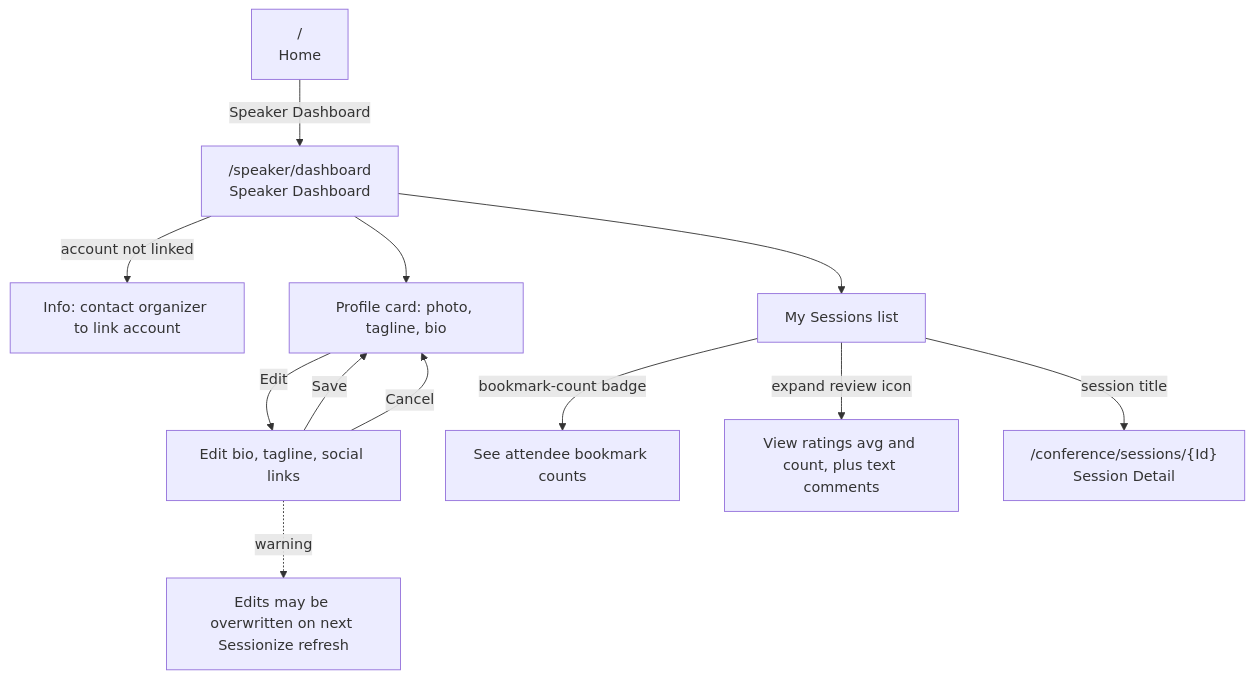
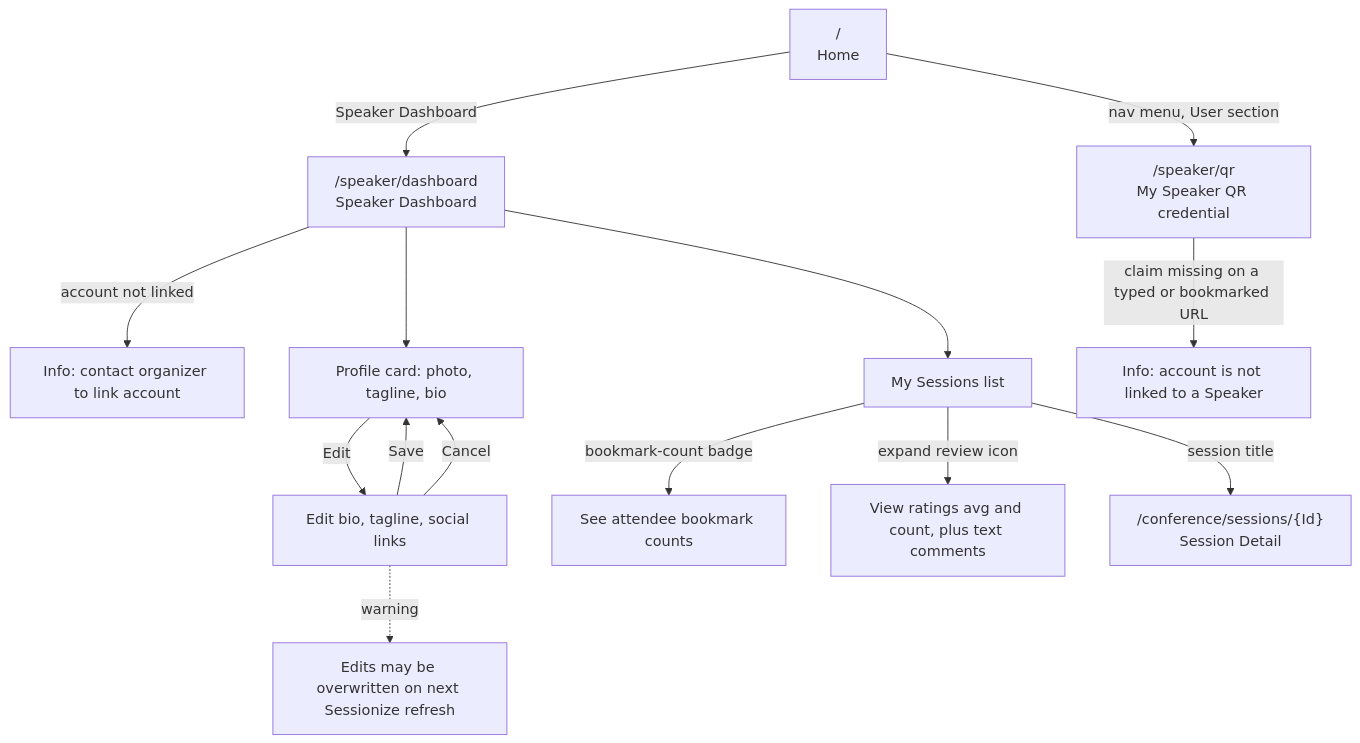
One commit to ivanball/ivanball.github.io changed the ninth of 13 diagrams in docs-src/guides/adc-NavigationFlow.md. Above: the diagram before and after it, drawn with Mermaid. The commit also changed other lines of this file and 123 other files, not shown here.

````diff
--- a/docs-src/guides/adc-NavigationFlow.md
+++ b/docs-src/guides/adc-NavigationFlow.md
@@ -463,14 +495,16 @@
 ```mermaid
 flowchart TD
     Home["/<br/>Home"] -->|Speaker Dashboard| Dash["/speaker/dashboard<br/>Speaker Dashboard"]
     Dash -->|account not linked| NotLinked["Info: contact organizer to link account"]
     Dash --> Profile["Profile card: photo, tagline, bio"]
     Profile -->|Edit| EditProfile["Edit bio, tagline, social links"]
     EditProfile -->|Save| Profile
     EditProfile -->|Cancel| Profile
     EditProfile -.->|warning| Overwrite["Edits may be overwritten on next Sessionize refresh"]
     Dash --> MySessions["My Sessions list"]
     MySessions -->|bookmark-count badge| Counts["See attendee bookmark counts"]
     MySessions -->|expand review icon| Feedback["View ratings avg and count, plus text comments"]
     MySessions -->|session title| SessionDetail["/conference/sessions/{Id}<br/>Session Detail"]
+    Home -->|nav menu, User section| Qr["/speaker/qr<br/>My Speaker QR credential"]
+    Qr -->|claim missing on a typed or bookmarked URL| QrNotLinked["Info: account is not linked to a Speaker"]
 ```
````
